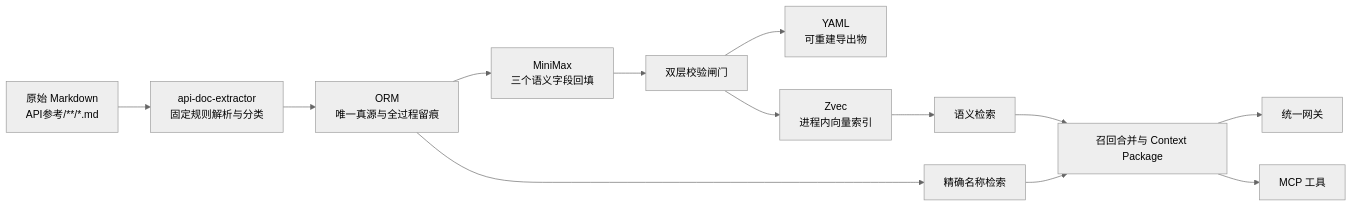
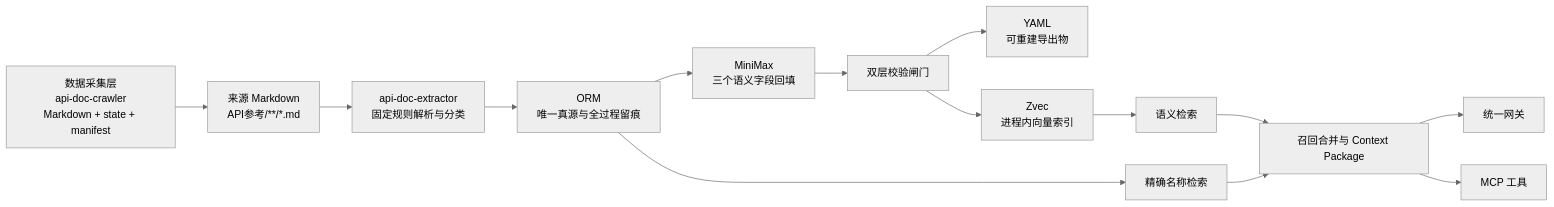
The first of 2 diagrams in docs/architecture.md (S-zhi/ThirdBrain), drawn with Mermaid (neutral theme) before and after one commit. The commit also changed other lines of this file and 12 other files, not shown here.

````diff
--- a/docs/architecture.md
+++ b/docs/architecture.md
@@ -13,15 +13,16 @@
 ```mermaid
 flowchart LR
-    A["原始 Markdown<br/>API参考/**/*.md"] --> B["api-doc-extractor<br/>固定规则解析与分类"]
+    S["数据采集层<br/>api-doc-crawler<br/>Markdown + state + manifest"] --> A["来源 Markdown<br/>API参考/**/*.md"]
+    A --> B["api-doc-extractor<br/>固定规则解析与分类"]
     B --> C["ORM<br/>唯一真源与全过程留痕"]
     C --> D["MiniMax<br/>三个语义字段回填"]
     D --> E["双层校验闸门"]
     E --> F["YAML<br/>可重建导出物"]
     E --> G["Zvec<br/>进程内向量索引"]
     C --> H["精确名称检索"]
     G --> I["语义检索"]
     H --> J["召回合并与 Context Package"]
     I --> J
     J --> K["统一网关"]
     J --> L["MCP 工具"]
 ```
````
